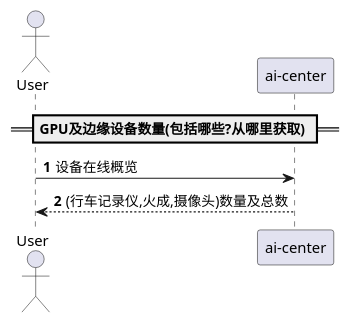
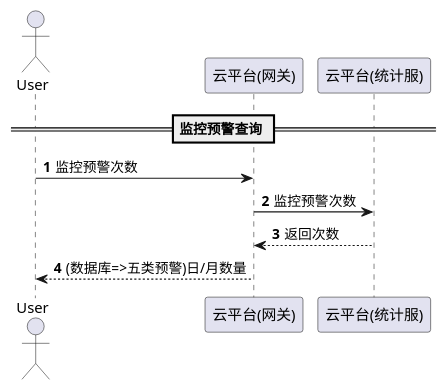
The diagram in 数量统计/监控预警数量.puml (zjzjzjzj1874/demo), drawn with PlantUML before and after one commit. The commit also changed 15 other files, not shown here.

Commit message:
feat:plain uml:how to draw a uml

```diff
--- a/数量统计/监控预警数量.puml
+++ b/数量统计/监控预警数量.puml
@@ -1,10 +1,13 @@
 @startuml
 autonumber
-== GPU及边缘设备数量(包括哪些?从哪里获取) ==
 actor User as user
-participant "ai-center" as center
+participant "云平台(网关)" as gw
+participant "云平台(统计服)" as st
 
-user -> center : 设备在线概览
-center --> user : (行车记录仪,火成,摄像头)数量及总数
+== 监控预警查询 ==
+user -> gw : 监控预警次数
+st <- gw : 监控预警次数
+st --> gw : 返回次数
+gw --> user : (数据库=>五类预警)日/月数量
 
 @enduml
```
